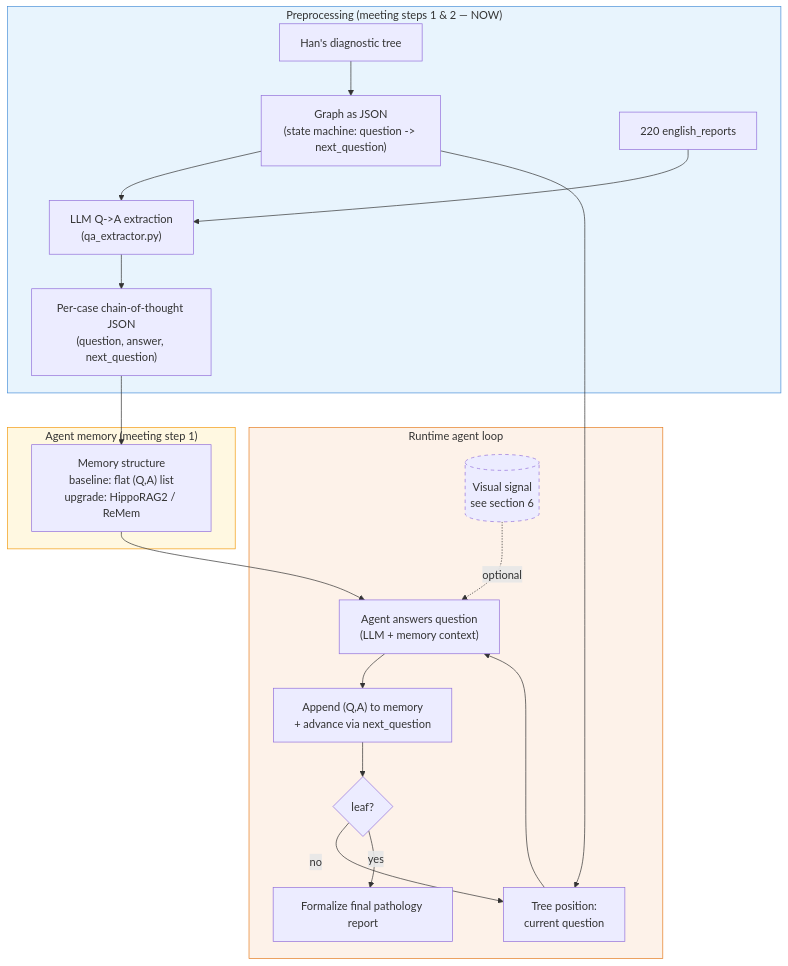
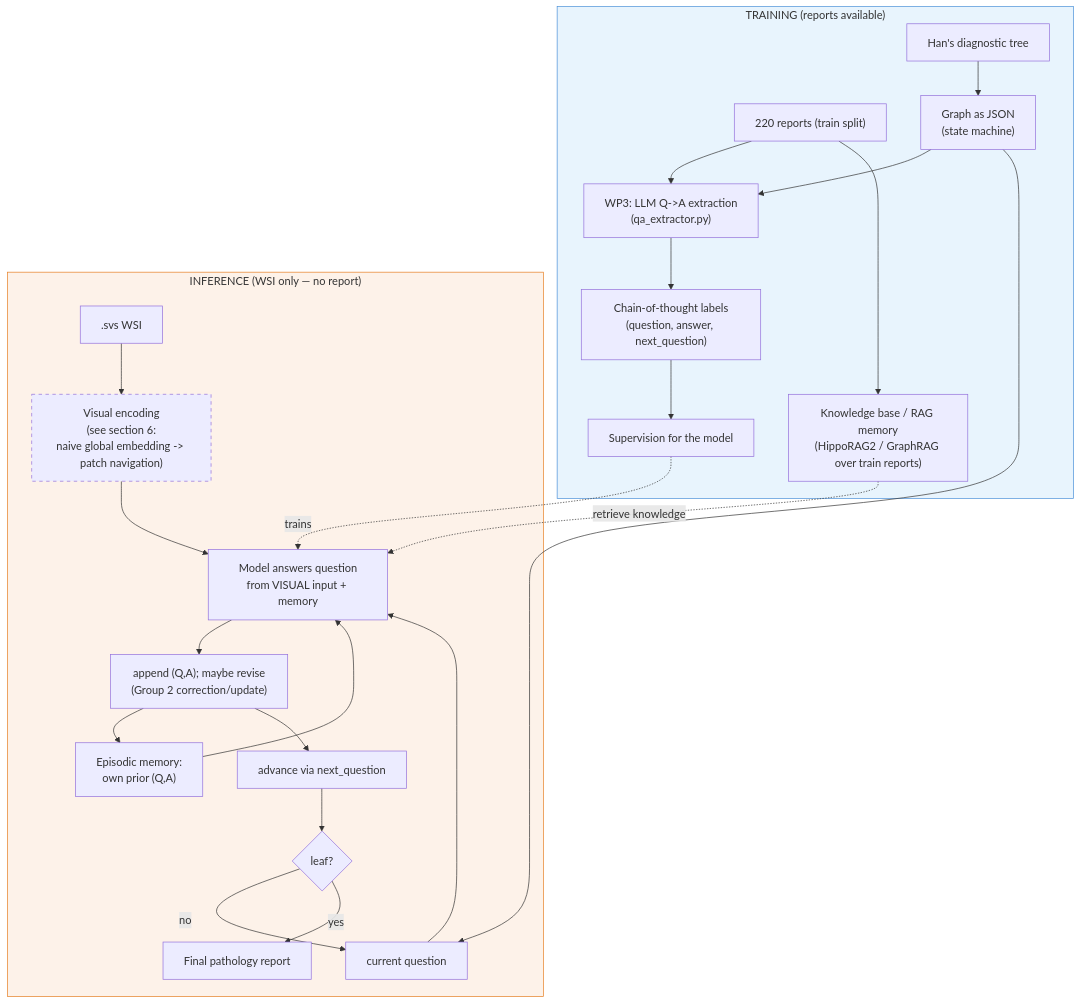
One commit to dominikg-tum/mlmi_reg2_pathology_report_gen changed the diagram in docs/project_overview_v2.md. Above: the diagram before and after it, drawn with Mermaid. The commit also changed other lines of this file, not shown here.

````diff
--- a/docs/project_overview_v2.md
+++ b/docs/project_overview_v2.md
@@ -116,29 +138,32 @@
 ```mermaid
 flowchart TD
-    subgraph PRE ["Preprocessing (meeting steps 1 & 2 — NOW)"]
-        G["Han's diagnostic tree"] --> GJ["Graph as JSON\n(state machine: question -> next_question)"]
-        R["220 english_reports"] --> EX["LLM Q->A extraction\n(qa_extractor.py)"]
+    subgraph TRAIN ["TRAINING (reports available)"]
+        R["220 reports (train split)"] --> EX["WP3: LLM Q->A extraction\n(qa_extractor.py)"]
+        G["Han's diagnostic tree"] --> GJ["Graph as JSON\n(state machine)"]
         GJ --> EX
-        EX --> CH["Per-case chain-of-thought JSON\n(question, answer, next_question)"]
+        EX --> CH["Chain-of-thought labels\n(question, answer, next_question)"]
+        R --> KB["Knowledge base / RAG memory\n(HippoRAG2 / GraphRAG over train reports)"]
+        CH --> SUP["Supervision for the model"]
     end
 
-    subgraph MEM ["Agent memory (meeting step 1)"]
-        CH --> M["Memory structure\nbaseline: flat (Q,A) list\nupgrade: HippoRAG2 / ReMem"]
+    subgraph INFER ["INFERENCE (WSI only — no report)"]
+        W[".svs WSI"] --> VIS["Visual encoding\n(see section 6:\nnaive global embedding -> patch navigation)"]
+        GJ --> NAV["current question"]
+        NAV --> ANS["Model answers question\nfrom VISUAL input + memory"]
+        VIS --> ANS
+        EPI["Episodic memory:\nown prior (Q,A)"] --> ANS
+        KB -. retrieve knowledge .-> ANS
+        ANS --> UPD["append (Q,A); maybe revise\n(Group 2 correction/update)"]
+        UPD --> EPI
+        UPD --> ADV["advance via next_question"]
+        ADV --> LEAF{"leaf?"}
+        LEAF -- no --> NAV
+        LEAF -- yes --> REP["Final pathology report"]
     end
 
-    subgraph RUN ["Runtime agent loop"]
-        GJ --> NAV["Tree position:\ncurrent question"]
-        NAV --> ANS["Agent answers question\n(LLM + memory context)"]
-        M --> ANS
-        V[("Visual signal\nsee section 6")] -. optional .-> ANS
-        ANS --> UPD["Append (Q,A) to memory\n+ advance via next_question"]
-        UPD --> LEAF{"leaf?"}
-        LEAF -- no --> NAV
-        LEAF -- yes --> REP["Formalize final pathology report"]
-    end
+    SUP -.trains.-> ANS
 
-    style PRE fill:#e8f4fd,stroke:#4a90d9
-    style MEM fill:#fff8e1,stroke:#f39c12
-    style RUN fill:#fdf2e9,stroke:#e67e22
-    style V stroke-dasharray: 5 5
+    style TRAIN fill:#e8f4fd,stroke:#4a90d9
+    style INFER fill:#fdf2e9,stroke:#e67e22
+    style VIS stroke-dasharray: 5 5
 ```
````
